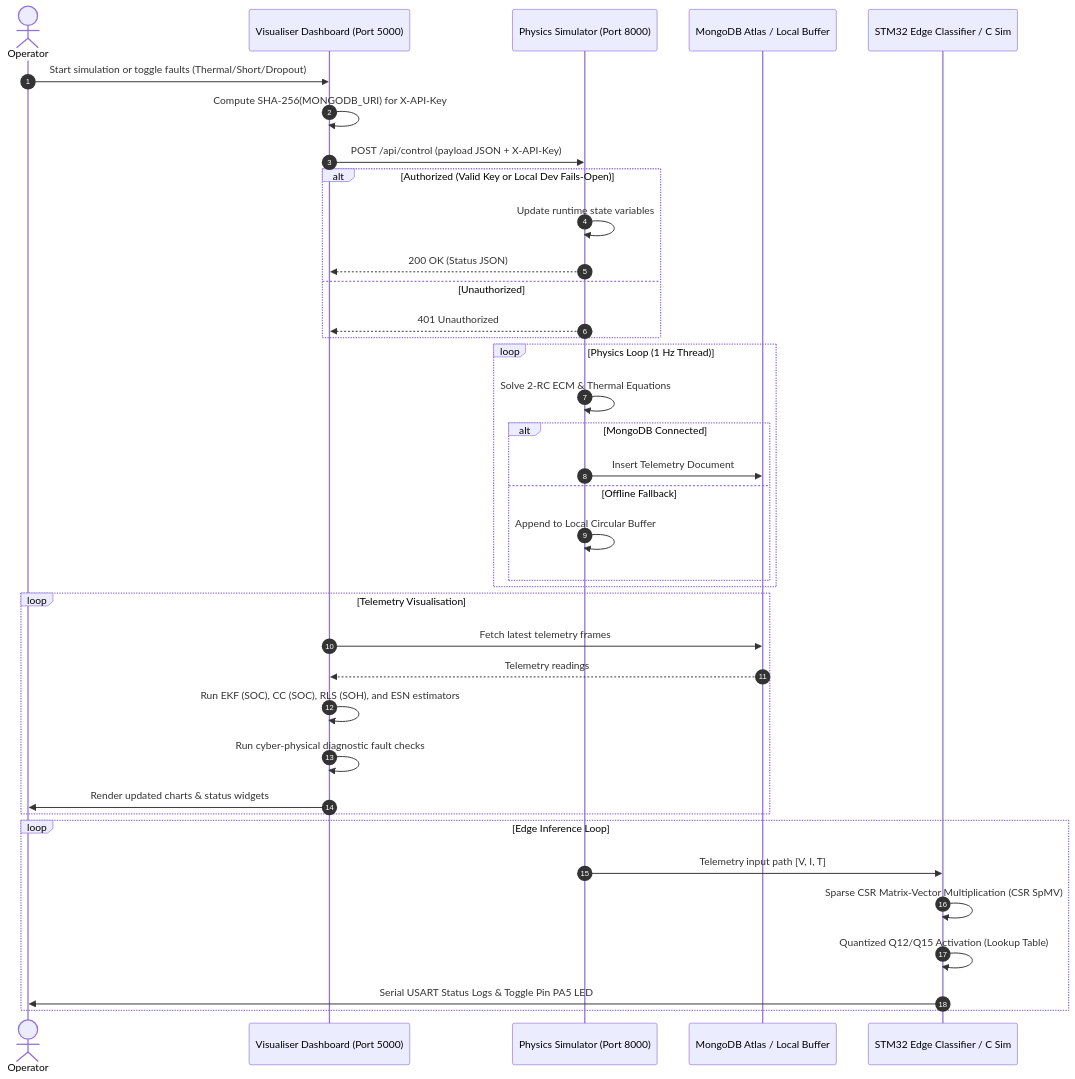
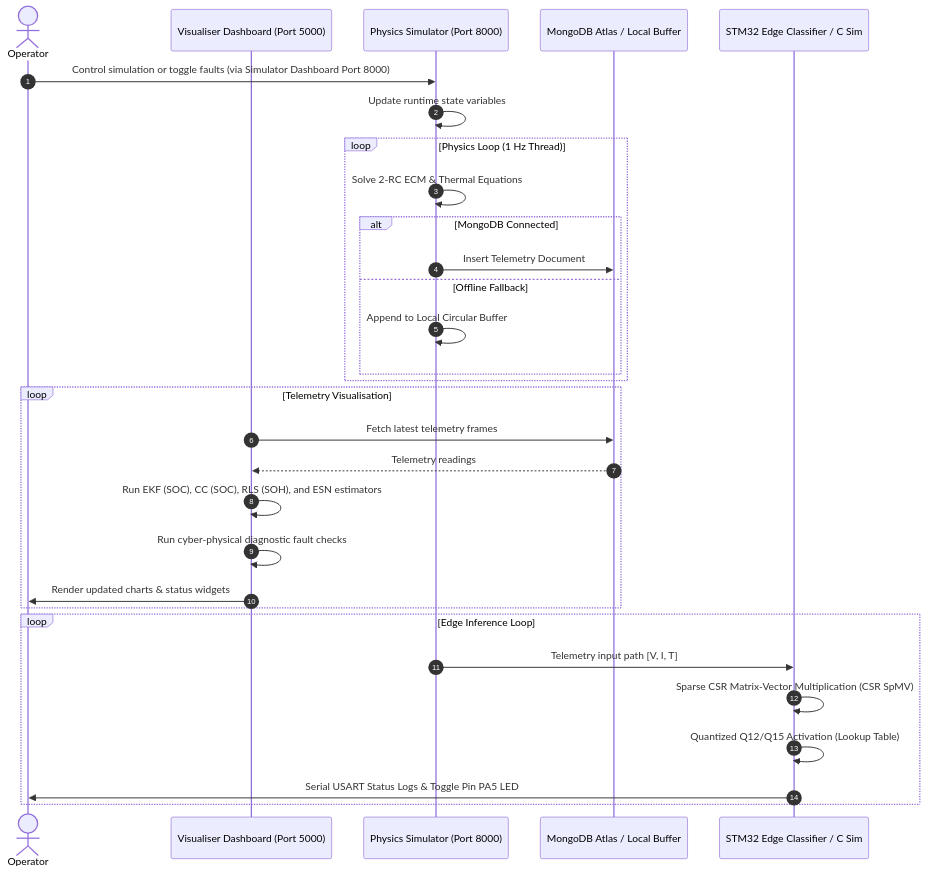
Before and after one commit to tanish-jain-225/Battery_State_Estimator_BE_Project_2026_2027: the diagram in docs/system_specification.md, drawn with Mermaid. The commit also changed other lines of this file and 19 other files, not shown here.

````diff
--- a/docs/system_specification.md
+++ b/docs/system_specification.md
@@ -31,43 +31,36 @@
 ```mermaid
 sequenceDiagram
     autonumber
     actor Operator
     participant Dashboard as Visualiser Dashboard (Port 5000)
     participant Simulator as Physics Simulator (Port 8000)
     participant DB as MongoDB Atlas / Local Buffer
     participant Edge as STM32 Edge Classifier / C Sim
 
-    Operator->>Dashboard: Start simulation or toggle faults (Thermal/Short/Dropout)
-    Dashboard->>Dashboard: Compute SHA-256(MONGODB_URI) for X-API-Key
-    Dashboard->>Simulator: POST /api/control (payload JSON + X-API-Key)
-    alt Authorized (Valid Key or Local Dev Fails-Open)
-        Simulator->>Simulator: Update runtime state variables
-        Simulator-->>Dashboard: 200 OK (Status JSON)
-    else Unauthorized
-        Simulator-->>Dashboard: 401 Unauthorized
-    end
+    Operator->>Simulator: Control simulation or toggle faults (via Simulator Dashboard Port 8000)
+    Simulator->>Simulator: Update runtime state variables
     
     loop Physics Loop (1 Hz Thread)
         Simulator->>Simulator: Solve 2-RC ECM & Thermal Equations
         alt MongoDB Connected
             Simulator->>DB: Insert Telemetry Document
         else Offline Fallback
             Simulator->>Simulator: Append to Local Circular Buffer
         end
     end
 
     loop Telemetry Visualisation
         Dashboard->>DB: Fetch latest telemetry frames
         DB-->>Dashboard: Telemetry readings
         Dashboard->>Dashboard: Run EKF (SOC), CC (SOC), RLS (SOH), and ESN estimators
         Dashboard->>Dashboard: Run cyber-physical diagnostic fault checks
         Dashboard->>Operator: Render updated charts & status widgets
     end
 
     loop Edge Inference Loop
         Simulator->>Edge: Telemetry input path [V, I, T]
         Edge->>Edge: Sparse CSR Matrix-Vector Multiplication (CSR SpMV)
         Edge->>Edge: Quantized Q12/Q15 Activation (Lookup Table)
         Edge->>Operator: Serial USART Status Logs & Toggle Pin PA5 LED
     end
 ```
````
